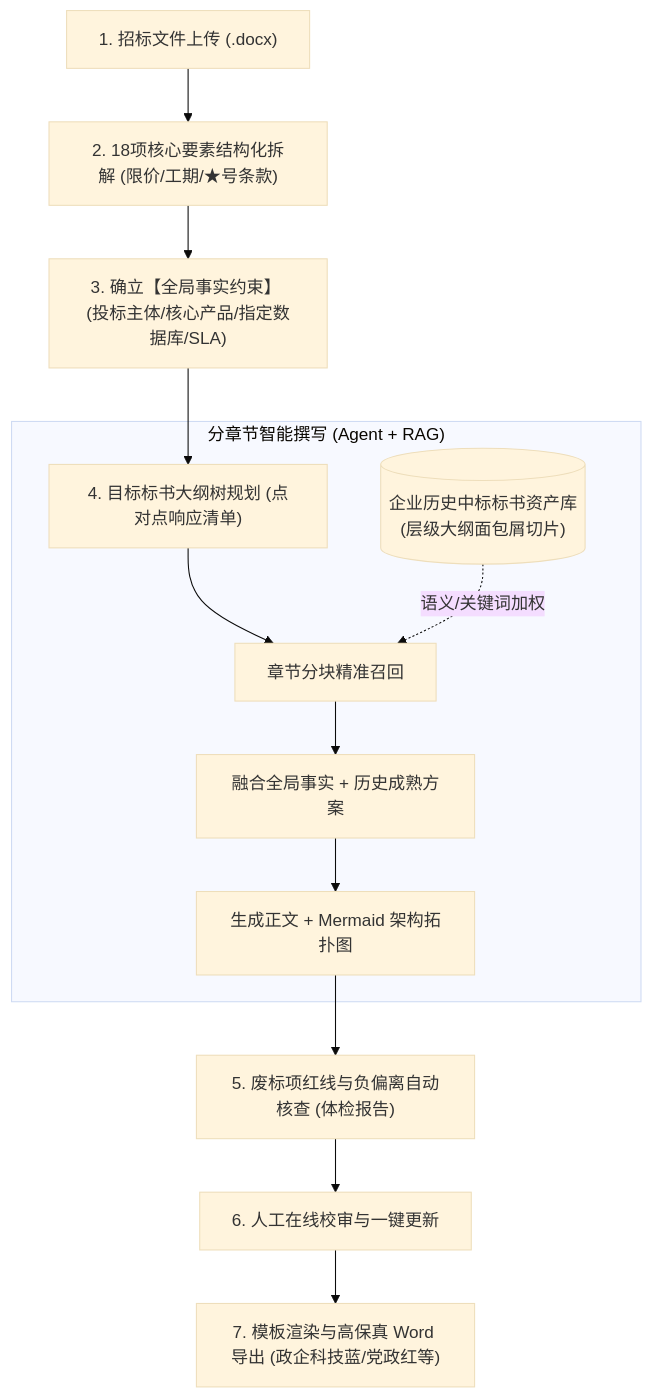
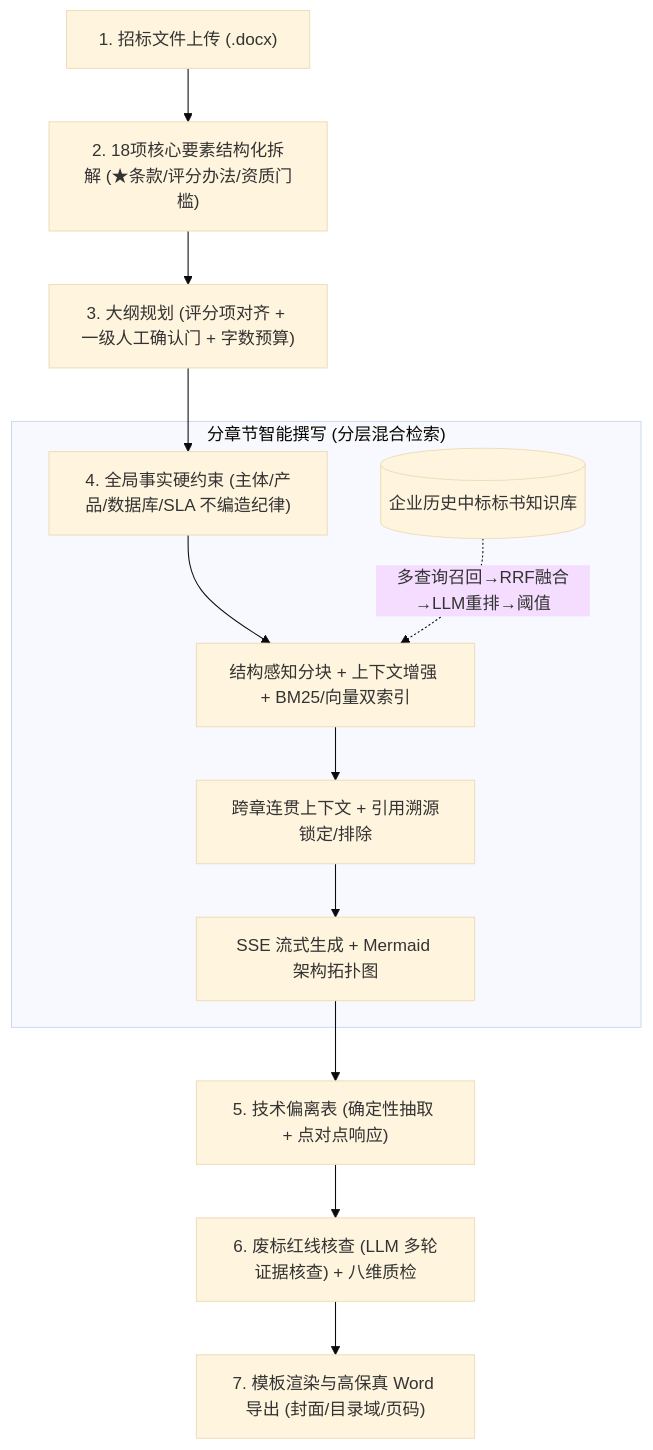
Before and after one commit to shyrel666/EasyWrite: the diagram in README.md, drawn with Mermaid (base theme). The commit also changed other lines of this file and 148 other files, not shown here.

````diff
--- a/README.md
+++ b/README.md
@@ -15,17 +15,17 @@
 ```mermaid
 graph TD
-    A["1. 招标文件上传 (.docx)"] --> B["2. 18项核心要素结构化拆解 (限价/工期/★号条款)"]
-    B --> C["3. 确立【全局事实约束】 (投标主体/核心产品/指定数据库/SLA)"]
-    C --> D["4. 目标标书大纲树规划 (点对点响应清单)"]
-    
-    subgraph RAGEngine ["分章节智能撰写 (Agent + RAG)"]
-        D --> E["章节分块精准召回"]
-        KB[("企业历史中标标书资产库\n(层级大纲面包屑切片)")] -. 语义/关键词加权 .-> E
-        E --> F["融合全局事实 + 历史成熟方案"]
-        F --> G["生成正文 + Mermaid 架构拓扑图"]
+    A["1. 招标文件上传 (.docx)"] --> B["2. 18项核心要素结构化拆解 (★条款/评分办法/资质门槛)"]
+    B --> C["3. 大纲规划 (评分项对齐 + 一级人工确认门 + 字数预算)"]
+    C --> D["4. 全局事实硬约束 (主体/产品/数据库/SLA 不编造纪律)"]
+
+    subgraph RAGEngine ["分章节智能撰写 (分层混合检索)"]
+        D --> E["结构感知分块 + 上下文增强 + BM25/向量双索引"]
+        KB[("企业历史中标标书知识库")] -. 多查询召回→RRF融合→LLM重排→阈值 .-> E
+        E --> F["跨章连贯上下文 + 引用溯源锁定/排除"]
+        F --> G["SSE 流式生成 + Mermaid 架构拓扑图"]
     end
-    
-    G --> H["5. 废标项红线与负偏离自动核查 (体检报告)"]
-    H --> I["6. 人工在线校审与一键更新"]
-    I --> J["7. 模板渲染与高保真 Word 导出 (政企科技蓝/党政红等)"]
+
+    G --> H["5. 技术偏离表 (确定性抽取 + 点对点响应)"]
+    H --> I["6. 废标红线核查 (LLM 多轮证据核查) + 八维质检"]
+    I --> J["7. 模板渲染与高保真 Word 导出 (封面/目录域/页码)"]
 ```
````
